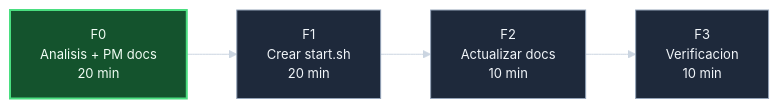
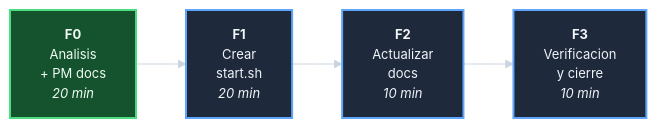
One commit to jcg-admin/template-ecommerce-server changed the diagram in docs/pm/iniciativas/crear-start-sh/plan-crear-start-sh.md. Above: the diagram before and after it, drawn with Mermaid. The commit also changed other lines of this file and 17 other files, not shown here.

````diff
--- a/docs/pm/iniciativas/crear-start-sh/plan-crear-start-sh.md
+++ b/docs/pm/iniciativas/crear-start-sh/plan-crear-start-sh.md
@@ -15,25 +5,25 @@
 ```mermaid
 %%{init: {'theme':'base', 'themeVariables': {
   'background': '#0f172a',
   'primaryColor': '#1e293b',
   'primaryTextColor': '#f1f5f9',
   'primaryBorderColor': '#94a3b8',
   'lineColor': '#cbd5e1',
   'fontSize': '13px'
 }}}%%
 flowchart LR
-    f0["F0\nAnalisis + PM docs\n20 min"]
-    f1["F1\nCrear start.sh\n20 min"]
-    f2["F2\nActualizar docs\n10 min"]
-    f3["F3\nVerificacion\n10 min"]
+    fase_f0_apertura["<b>F0</b><br/>Analisis<br/>+ PM docs<br/><i>20 min</i>"]
+    fase_f1_script["<b>F1</b><br/>Crear<br/>start.sh<br/><i>20 min</i>"]
+    fase_f2_docs["<b>F2</b><br/>Actualizar<br/>docs<br/><i>10 min</i>"]
+    fase_f3_cierre["<b>F3</b><br/>Verificacion<br/>y cierre<br/><i>10 min</i>"]
 
-    f0 --> f1
-    f1 --> f2
-    f2 --> f3
+    fase_f0_apertura --> fase_f1_script
+    fase_f1_script --> fase_f2_docs
+    fase_f2_docs --> fase_f3_cierre
 
-    classDef done fill:#14532d,stroke:#4ade80,stroke-width:2px,color:#f0fdf4
-    classDef pending fill:#1e293b,stroke:#94a3b8,stroke-width:1px,color:#f1f5f9
+    classDef doneNode fill:#14532d,stroke:#4ade80,stroke-width:2px,color:#f0fdf4
+    classDef stepNode fill:#1e293b,stroke:#60a5fa,stroke-width:2px,color:#f1f5f9
 
-    class f0 done
-    class f1,f2,f3 pending
+    class fase_f0_apertura doneNode
+    class fase_f1_script,fase_f2_docs,fase_f3_cierre stepNode
 ```
````
